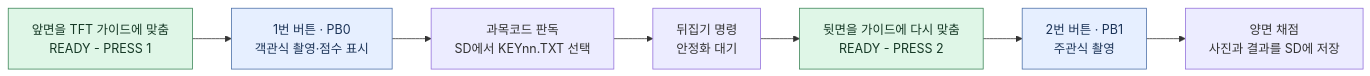
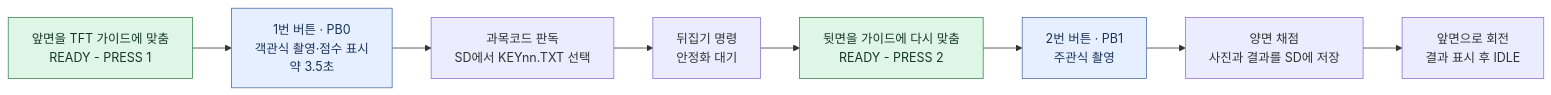
One commit to yumyum1215/26SoC_Term_Project_OMR_Reader changed the diagram in README.md. Above: the diagram before and after it, drawn with Mermaid. The commit also changed other lines of this file and 3 other files, not shown here.

````diff
--- a/README.md
+++ b/README.md
@@ -7,15 +7,16 @@
 ```mermaid
 flowchart LR
     A["앞면을 TFT 가이드에 맞춤<br/>READY - PRESS 1"]
-    B["1번 버튼 · PB0<br/>객관식 촬영·점수 표시"]
+    B["1번 버튼 · PB0<br/>객관식 촬영·점수 표시<br/>약 3.5초"]
     K["과목코드 판독<br/>SD에서 KEYnn.TXT 선택"]
     C["뒤집기 명령<br/>안정화 대기"]
     D["뒷면을 가이드에 다시 맞춤<br/>READY - PRESS 2"]
     E["2번 버튼 · PB1<br/>주관식 촬영"]
     F["양면 채점<br/>사진과 결과를 SD에 저장"]
-    A --> B --> K --> C --> D --> E --> F
+    G["앞면으로 회전<br/>결과 표시 후 IDLE"]
+    A --> B --> K --> C --> D --> E --> F --> G
     classDef ready fill:#dff6e7,stroke:#3b8557,color:#163926
     classDef capture fill:#e6efff,stroke:#4b6fa8,color:#1c3458
     class A,D ready
     class B,E capture
 ```
````
